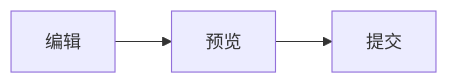
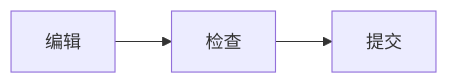
One commit to nbtca/documents changed the diagram in tutorial/manual/writing-documents.md. Above: the diagram before and after it, drawn with Mermaid. The commit also changed other lines of this file and 7 other files, not shown here.

````diff
--- a/tutorial/manual/writing-documents.md
+++ b/tutorial/manual/writing-documents.md
@@ -44,5 +46,5 @@
 ```mermaid
 flowchart LR
-  A[编辑] --> B[预览]
+  A[编辑] --> B[检查]
   B --> C[提交]
 ```
````
